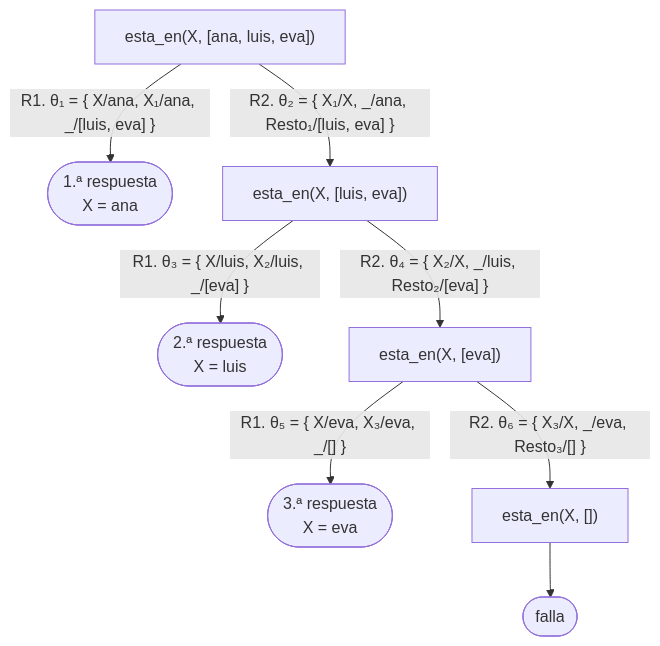
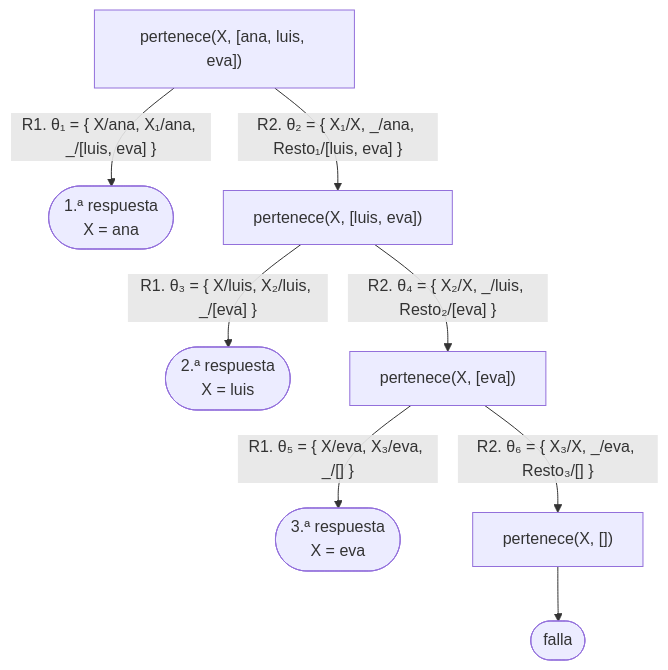
The first of 10 diagrams in docs/capitulo-07-listas/index.md (CesarBallardini/curso-de-prolog), drawn with Mermaid before and after one commit. The commit also changed other lines of this file and 3274 other files, not shown here.

````diff
--- a/docs/capitulo-07-listas/index.md
+++ b/docs/capitulo-07-listas/index.md
@@ -130,10 +130,10 @@
 ```mermaid
 flowchart TD
-    A["esta_en(X, [ana, luis, eva])"] -- "R1. θ₁ = {&nbsp;X/ana, X₁/ana, _/[luis, eva]&nbsp;}" --> S1(["1.ª respuesta<br/>X = ana"])
-    A -- "R2. θ₂ = {&nbsp;X₁/X, _/ana, Resto₁/[luis, eva]&nbsp;}" --> B["esta_en(X, [luis, eva])"]
+    A["pertenece(X, [ana, luis, eva])"] -- "R1. θ₁ = {&nbsp;X/ana, X₁/ana, _/[luis, eva]&nbsp;}" --> S1(["1.ª respuesta<br/>X = ana"])
+    A -- "R2. θ₂ = {&nbsp;X₁/X, _/ana, Resto₁/[luis, eva]&nbsp;}" --> B["pertenece(X, [luis, eva])"]
     B -- "R1. θ₃ = {&nbsp;X/luis, X₂/luis, _/[eva]&nbsp;}" --> S2(["2.ª respuesta<br/>X = luis"])
-    B -- "R2. θ₄ = {&nbsp;X₂/X, _/luis, Resto₂/[eva]&nbsp;}" --> C["esta_en(X, [eva])"]
+    B -- "R2. θ₄ = {&nbsp;X₂/X, _/luis, Resto₂/[eva]&nbsp;}" --> C["pertenece(X, [eva])"]
     C -- "R1. θ₅ = {&nbsp;X/eva, X₃/eva, _/[]&nbsp;}" --> S3(["3.ª respuesta<br/>X = eva"])
-    C -- "R2. θ₆ = {&nbsp;X₃/X, _/eva, Resto₃/[]&nbsp;}" --> D["esta_en(X, [])"]
+    C -- "R2. θ₆ = {&nbsp;X₃/X, _/eva, Resto₃/[]&nbsp;}" --> D["pertenece(X, [])"]
     D --> F(["falla"])
 ```
````
